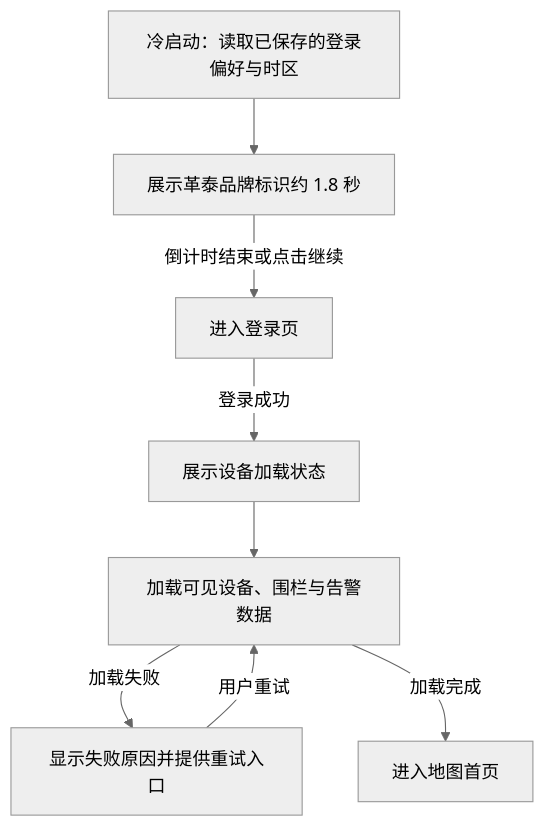
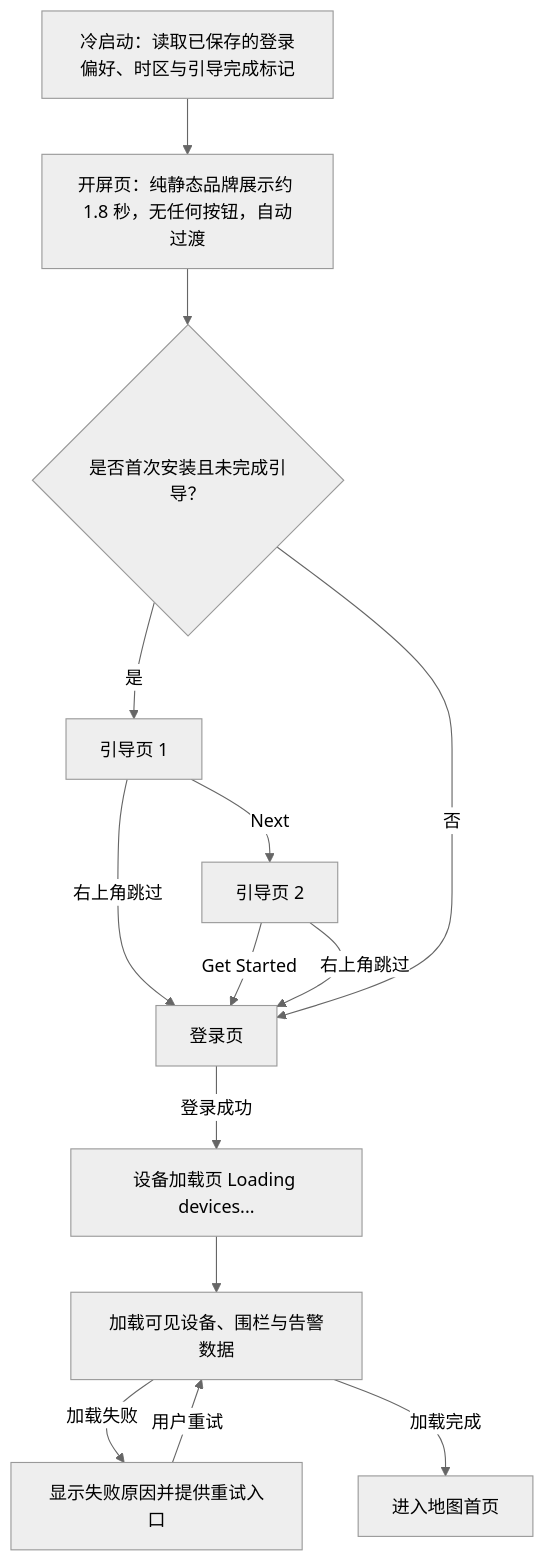
One commit to CuMgNa/skills changed the first of 4 diagrams in docs/manuals/革泰/逻辑大纲/革泰 APP 登录与注册逻辑点梳理 plan.md. Above: the diagram before and after it, drawn with Mermaid (neutral theme). The commit also changed other lines of this file and 23 other files, not shown here.

````diff
--- a/docs/manuals/革泰/逻辑大纲/革泰 APP 登录与注册逻辑点梳理 plan.md
+++ b/docs/manuals/革泰/逻辑大纲/革泰 APP 登录与注册逻辑点梳理 plan.md
@@ -166,10 +202,16 @@
 ```mermaid
 flowchart TD
-    A["冷启动：读取已保存的登录偏好与时区"] --> B["展示革泰品牌标识约 1.8 秒"]
-    B -->|"倒计时结束或点击继续"| C["进入登录页"]
-    C -->|"登录成功"| D["展示设备加载状态"]
-    D --> E["加载可见设备、围栏与告警数据"]
-    E -->|"加载失败"| F["显示失败原因并提供重试入口"]
-    F -->|"用户重试"| E
-    E -->|"加载完成"| G["进入地图首页"]
+    A["冷启动：读取已保存的登录偏好、时区与引导完成标记"] --> B["开屏页：纯静态品牌展示约 1.8 秒，无任何按钮，自动过渡"]
+    B --> C{"是否首次安装且未完成引导？"}
+    C -->|"是"| D["引导页 1"]
+    D -->|"Next"| E["引导页 2"]
+    D -->|"右上角跳过"| F["登录页"]
+    E -->|"Get Started"| F
+    E -->|"右上角跳过"| F
+    C -->|"否"| F
+    F -->|"登录成功"| G["设备加载页 Loading devices..."]
+    G --> H["加载可见设备、围栏与告警数据"]
+    H -->|"加载失败"| I["显示失败原因并提供重试入口"]
+    I -->|"用户重试"| H
+    H -->|"加载完成"| J["进入地图首页"]
 ```
````
